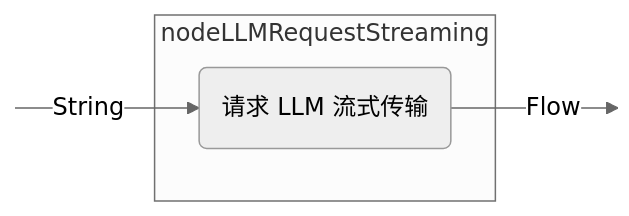
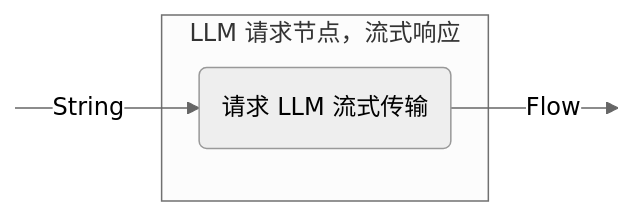
Before and after one commit to BinaryTape/Open-Docs: the eighth of 15 diagrams in docs/koog/nodes-and-components.md, drawn with Mermaid (neutral theme). The commit also changed other lines of this file and 164 other files, not shown here.

````diff
--- a/docs/koog/nodes-and-components.md
+++ b/docs/koog/nodes-and-components.md
@@ -382,13 +381,13 @@
 ```mermaid
 graph LR
     in:::hidden
     out:::hidden
     
-    subgraph node ["nodeLLMRequestStreaming"]
+    subgraph node ["LLM 请求节点，流式响应"]
         execute(请求 LLM 流式传输)
     end
     
     in --String--> execute --Flow--> out
 
     classDef hidden display: none;
 ```
````
